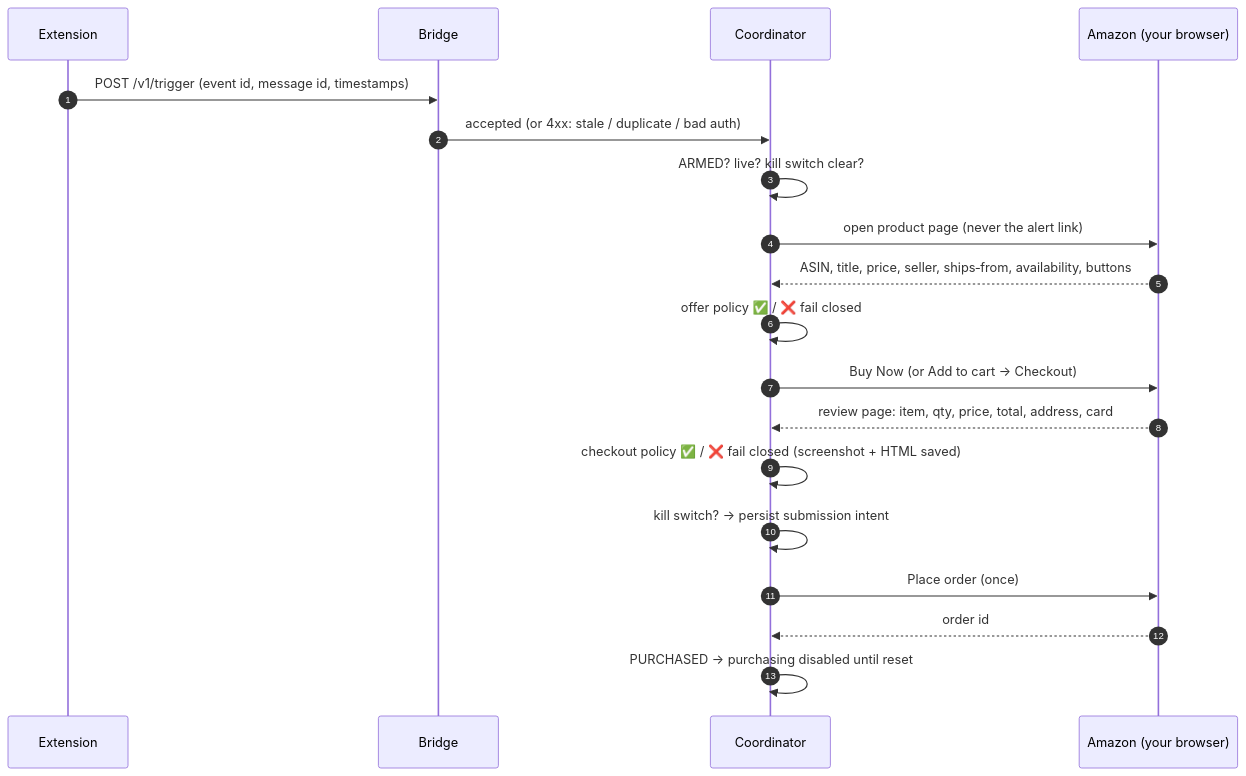
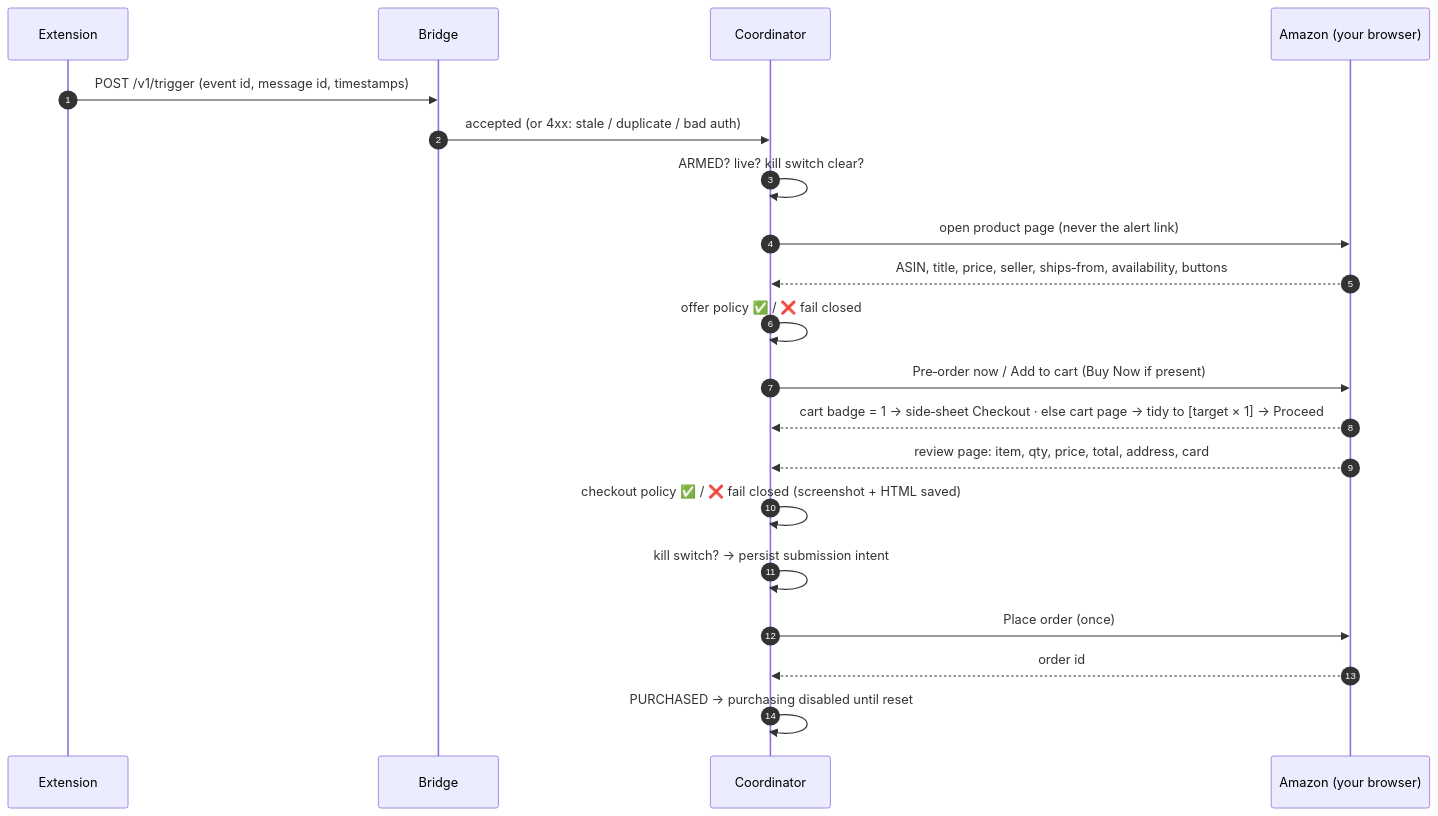
The second of 3 diagrams in README.md (christya95/AmoreOcarinaSniper), drawn with Mermaid before and after one commit. The commit also changed other lines of this file and 6 other files, not shown here.

First line of the commit message:
Cart path is the main path: confirmed add, side-sheet fast path, self-correcting cart tidy

````diff
--- a/README.md
+++ b/README.md
@@ -83,21 +83,22 @@
 ```mermaid
 sequenceDiagram
     autonumber
     participant X as Extension
     participant B as Bridge
     participant C as Coordinator
     participant A as Amazon (your browser)
     X->>B: POST /v1/trigger (event id, message id, timestamps)
     B->>C: accepted (or 4xx: stale / duplicate / bad auth)
     C->>C: ARMED? live? kill switch clear?
     C->>A: open product page (never the alert link)
     A-->>C: ASIN, title, price, seller, ships‑from, availability, buttons
     C->>C: offer policy ✅ / ❌ fail closed
-    C->>A: Buy Now (or Add to cart → Checkout)
+    C->>A: Pre‑order now / Add to cart (Buy Now if present)
+    A-->>C: cart badge = 1 → side‑sheet Checkout · else cart page → tidy to [target × 1] → Proceed
     A-->>C: review page: item, qty, price, total, address, card
     C->>C: checkout policy ✅ / ❌ fail closed (screenshot + HTML saved)
     C->>C: kill switch? → persist submission intent
     C->>A: Place order (once)
     A-->>C: order id
     C->>C: PURCHASED → purchasing disabled until reset
 ```
````
